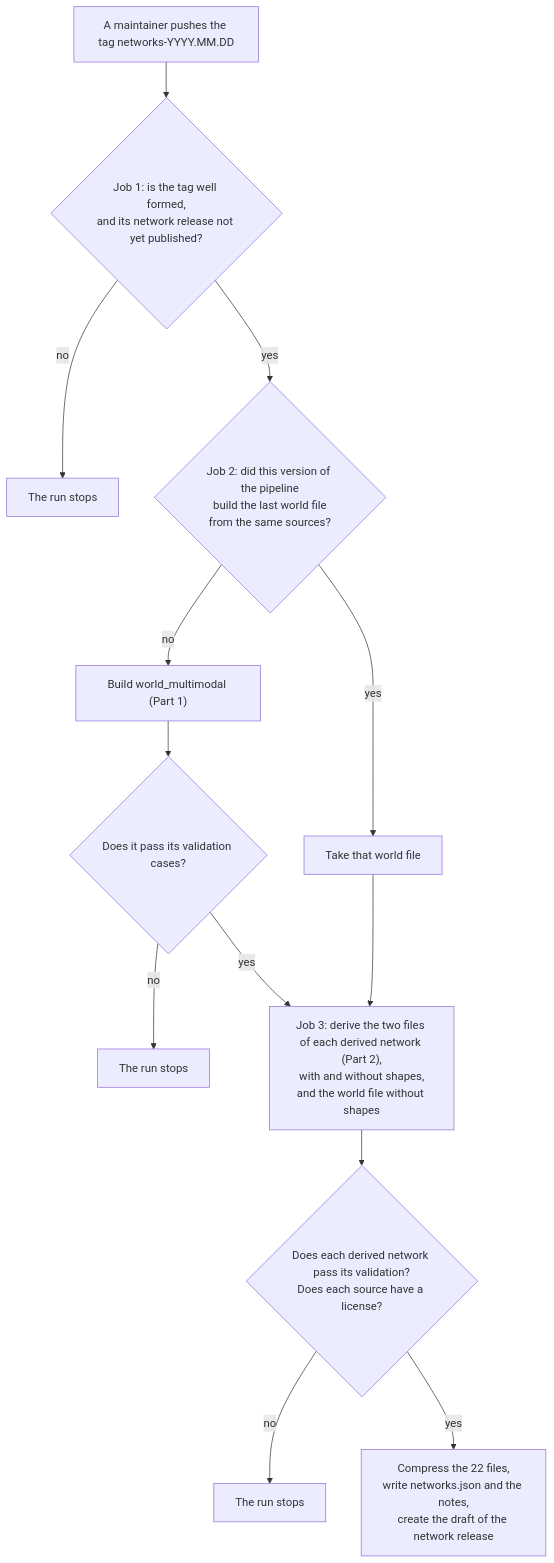
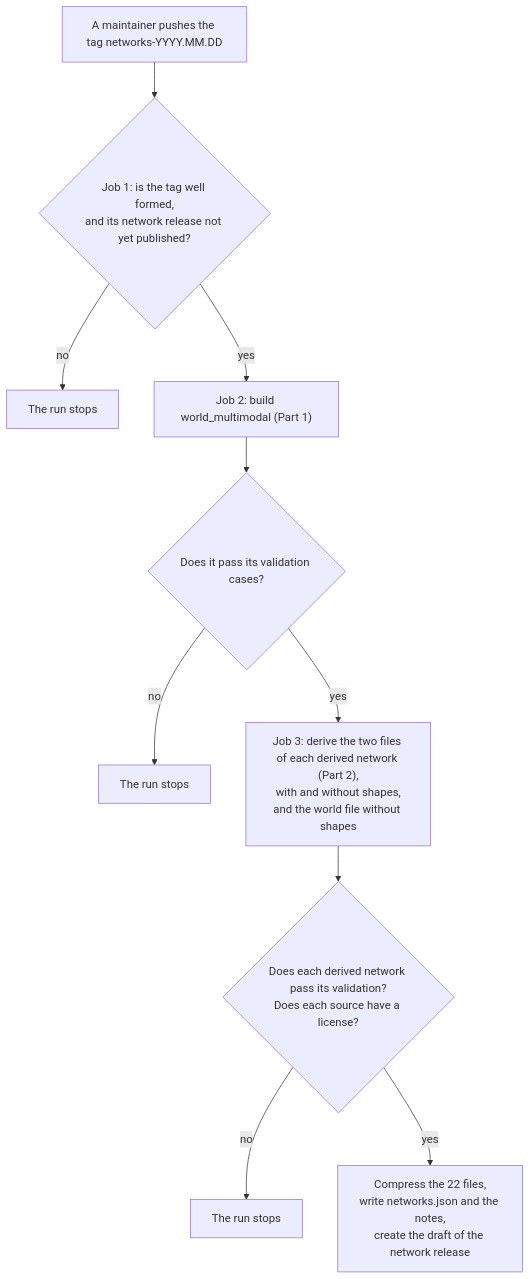
One commit to connor-makowski/scgraph changed the third of 3 diagrams in scgraph/pipelines/README.md. Above: the diagram before and after it, drawn with Mermaid. The commit also changed other lines of this file and 2 other files, not shown here.

First line of the commit message:
Build the world network at each network release

````diff
--- a/scgraph/pipelines/README.md
+++ b/scgraph/pipelines/README.md
@@ -420,16 +420,13 @@
 ```mermaid
 flowchart TD
     T["A maintainer pushes the tag networks-YYYY.MM.DD"]
     T --> C{"Job 1: is the tag well formed,<br/>and its network release not yet published?"}
     C -- "no" --> X1["The run stops"]
-    C -- "yes" --> Q{"Job 2: did this version of the pipeline<br/>build the last world file<br/>from the same sources?"}
-    Q -- "yes" --> O["Take that world file"]
-    Q -- "no" --> B["Build world_multimodal (Part 1)"]
+    C -- "yes" --> B["Job 2: build world_multimodal (Part 1)"]
     B --> V{"Does it pass its validation cases?"}
     V -- "no" --> X2["The run stops"]
-    V -- "yes" --> D
-    O --> D["Job 3: derive the two files of each derived network (Part 2),<br/>with and without shapes,<br/>and the world file without shapes"]
+    V -- "yes" --> D["Job 3: derive the two files of each derived network (Part 2),<br/>with and without shapes,<br/>and the world file without shapes"]
     D --> W{"Does each derived network pass its validation?<br/>Does each source have a license?"}
     W -- "no" --> X3["The run stops"]
     W -- "yes" --> F["Compress the 22 files,<br/>write networks.json and the notes,<br/>create the draft of the network release"]
 ```
````
